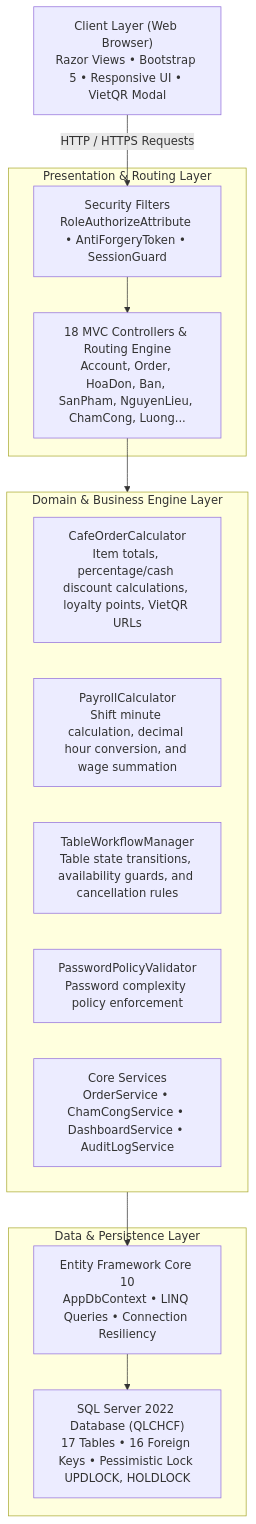
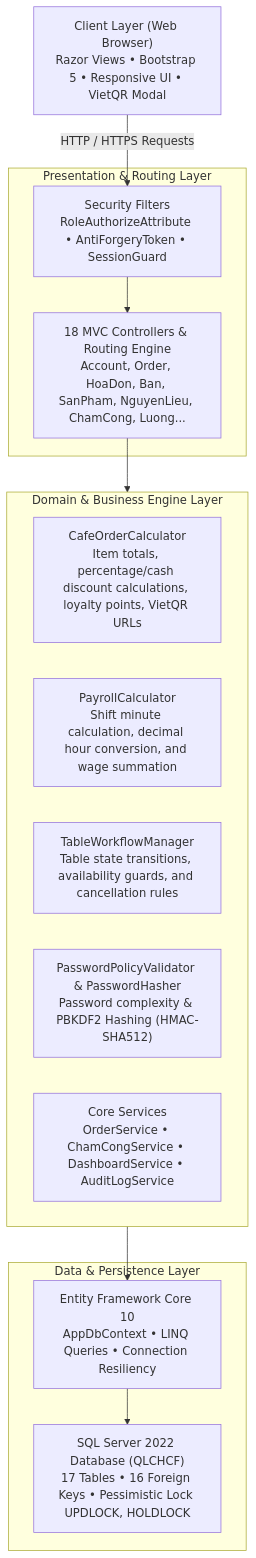
Before and after one commit to nguyenxp3n/WebQLCHCF: the first of 2 diagrams in README_en.md, drawn with Mermaid. The commit also changed other lines of this file and 13 other files, not shown here.

Commit message:
feat(security): implement PBKDF2 password hashing, secure session, database persistence guard & integration tests (335 -> 354 tests)

````diff
--- a/README_en.md
+++ b/README_en.md
@@ -16,28 +16,28 @@
 ```mermaid
 flowchart TD
     Client["Client Layer (Web Browser)\nRazor Views • Bootstrap 5 • Responsive UI • VietQR Modal"]
     
     subgraph Presentation ["Presentation & Routing Layer"]
         Ctrl["18 MVC Controllers & Routing Engine\nAccount, Order, HoaDon, Ban, SanPham, NguyenLieu, ChamCong, Luong..."]
         AuthFilter["Security Filters\nRoleAuthorizeAttribute • AntiForgeryToken • SessionGuard"]
     end
     
     subgraph Domain ["Domain & Business Engine Layer"]
         OrderCalc["CafeOrderCalculator\nItem totals, percentage/cash discount calculations, loyalty points, VietQR URLs"]
         PayrollCalc["PayrollCalculator\nShift minute calculation, decimal hour conversion, and wage summation"]
         TableWF["TableWorkflowManager\nTable state transitions, availability guards, and cancellation rules"]
-        PassPolicy["PasswordPolicyValidator\nPassword complexity policy enforcement"]
+        PassPolicy["PasswordPolicyValidator & PasswordHasher\nPassword complexity & PBKDF2 Hashing (HMAC-SHA512)"]
         Services["Core Services\nOrderService • ChamCongService • DashboardService • AuditLogService"]
     end
     
     subgraph Persistence ["Data & Persistence Layer"]
         EF["Entity Framework Core 10\nAppDbContext • LINQ Queries • Connection Resiliency"]
         SQL["SQL Server 2022 Database (QLCHCF)\n17 Tables • 16 Foreign Keys • Pessimistic Lock UPDLOCK, HOLDLOCK"]
     end
 
     Client -->|HTTP / HTTPS Requests| AuthFilter
     AuthFilter --> Ctrl
     Ctrl --> Domain
     Domain --> EF
     EF --> SQL
 ```
````
